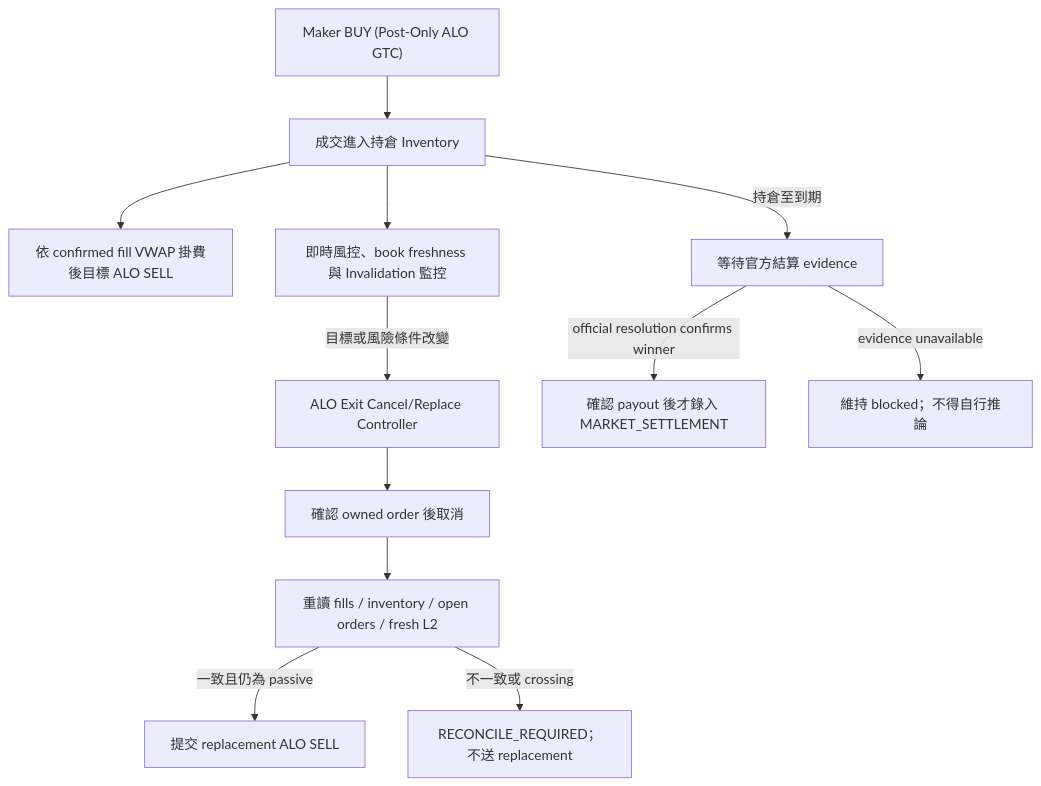
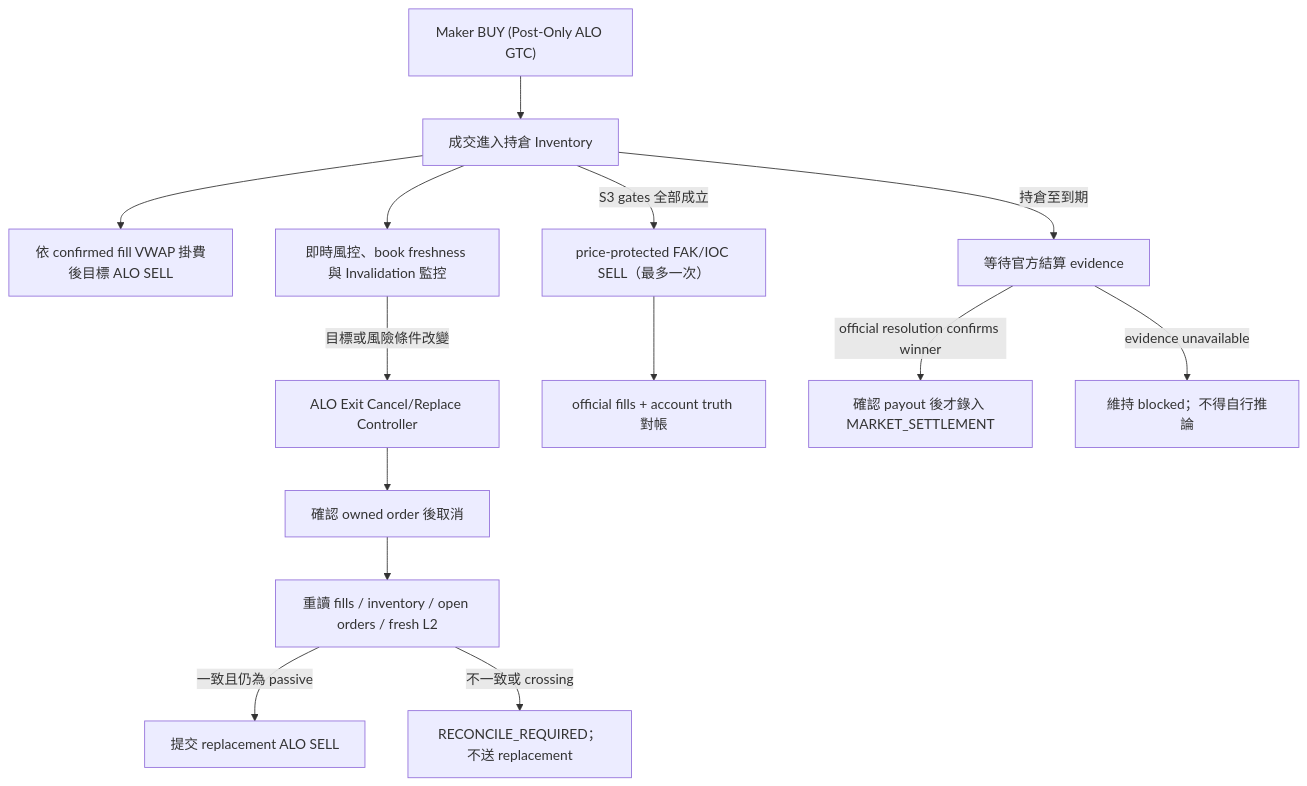
One commit to ericeric0101/outcome_prediction_bot changed the third of 3 diagrams in hyperliquid_project_overview.md. Above: the diagram before and after it, drawn with Mermaid. The commit also changed other lines of this file and 10 other files, not shown here.

Commit message:
Add price-protected Outcome emergency exit

````diff
--- a/hyperliquid_project_overview.md
+++ b/hyperliquid_project_overview.md
@@ -641,14 +657,16 @@
 ```mermaid
 flowchart TD
     BUY["Maker BUY (Post-Only ALO GTC)"] --> FILL["成交進入持倉 Inventory"]
     FILL --> TP["依 confirmed fill VWAP 掛費後目標 ALO SELL"]
     FILL --> MON["即時風控、book freshness 與 Invalidation 監控"]
     MON -->|目標或風險條件改變| RQ["ALO Exit Cancel/Replace Controller"]
     RQ --> CANCEL["確認 owned order 後取消"]
     CANCEL --> SYNC["重讀 fills / inventory / open orders / fresh L2"]
     SYNC -->|一致且仍為 passive| REPLACE["提交 replacement ALO SELL"]
     SYNC -->|不一致或 crossing| RECON["RECONCILE_REQUIRED；不送 replacement"]
+    FILL -->|S3 gates 全部成立| IOC["price-protected FAK/IOC SELL（最多一次）"]
+    IOC --> VERIFY["official fills + account truth 對帳"]
     FILL -->|持倉至到期| SETTLE["等待官方結算 evidence"]
     SETTLE -->|official resolution confirms winner| WIN["確認 payout 後才錄入 MARKET_SETTLEMENT"]
     SETTLE -->|evidence unavailable| BLOCK["維持 blocked；不得自行推論"]
 ```
````
